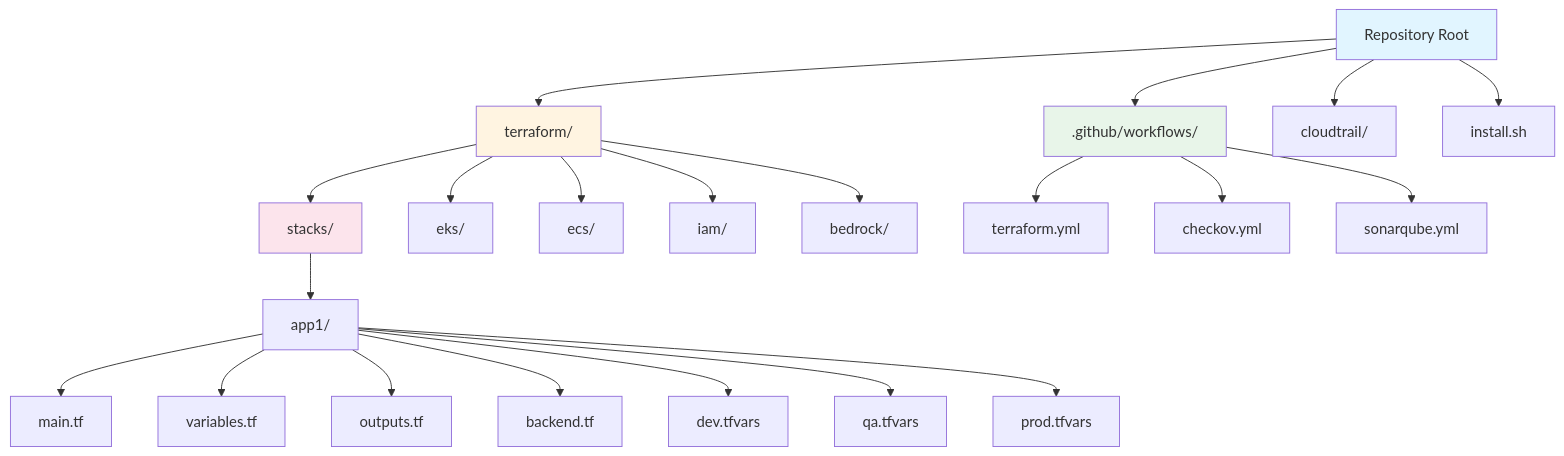
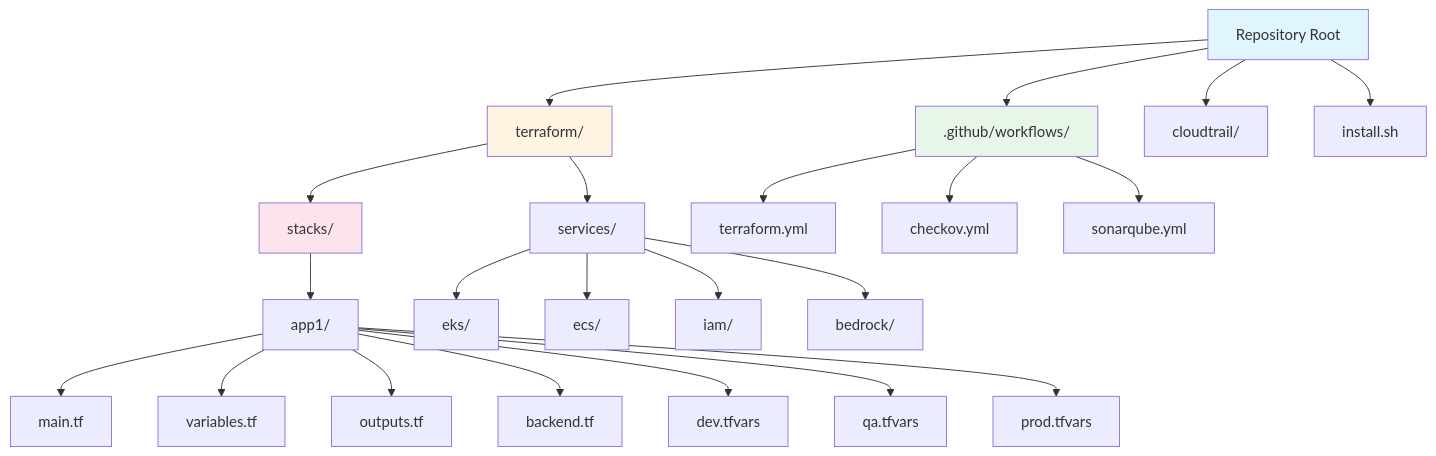
One commit to vegatros/repo1 changed the first of 15 diagrams in DIAGRAMS.md. Above: the diagram before and after it, drawn with Mermaid. The commit also changed 17 other files, not shown here.

Commit message:
Restructure: move bedrock, ecs, eks, iam to terraform/services

````diff
--- a/DIAGRAMS.md
+++ b/DIAGRAMS.md
@@ -18,31 +18,33 @@
 ```mermaid
 graph TD
     A[Repository Root] --> B[terraform/]
     A --> C[.github/workflows/]
     A --> D[cloudtrail/]
     A --> E[install.sh]
     
     B --> B1[stacks/]
-    B --> B2[eks/]
-    B --> B3[ecs/]
-    B --> B4[iam/]
-    B --> B5[bedrock/]
+    B --> B2[services/]
     
     B1 --> B1A[app1/]
     B1A --> B1A1[main.tf]
     B1A --> B1A2[variables.tf]
     B1A --> B1A3[outputs.tf]
     B1A --> B1A4[backend.tf]
     B1A --> B1A5[dev.tfvars]
     B1A --> B1A6[qa.tfvars]
     B1A --> B1A7[prod.tfvars]
     
+    B2 --> B2A[eks/]
+    B2 --> B2B[ecs/]
+    B2 --> B2C[iam/]
+    B2 --> B2D[bedrock/]
+    
     C --> C1[terraform.yml]
     C --> C2[checkov.yml]
     C --> C3[sonarqube.yml]
     
     style A fill:#e1f5ff
     style B fill:#fff4e1
     style C fill:#e8f5e9
     style B1 fill:#fce4ec
 ```
````
